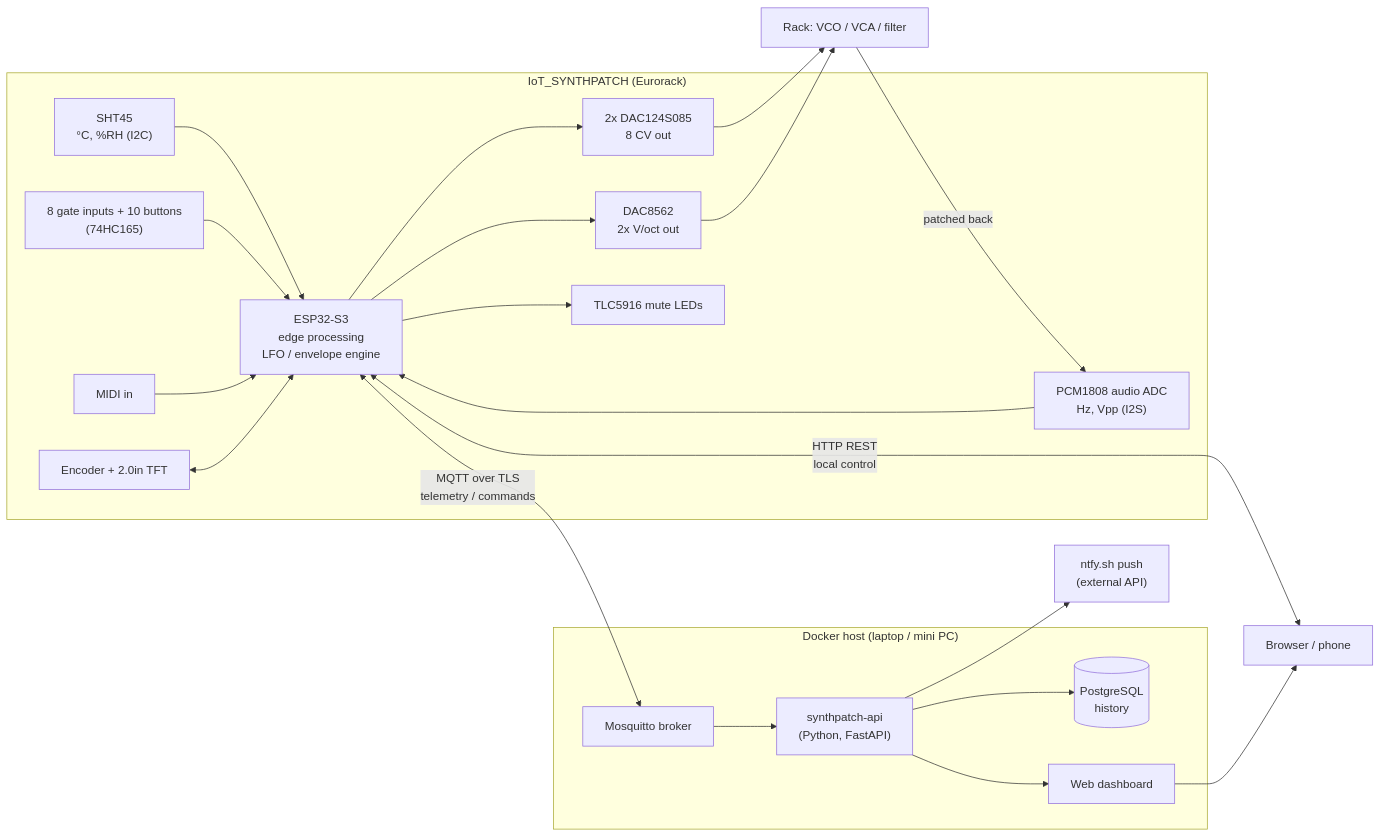
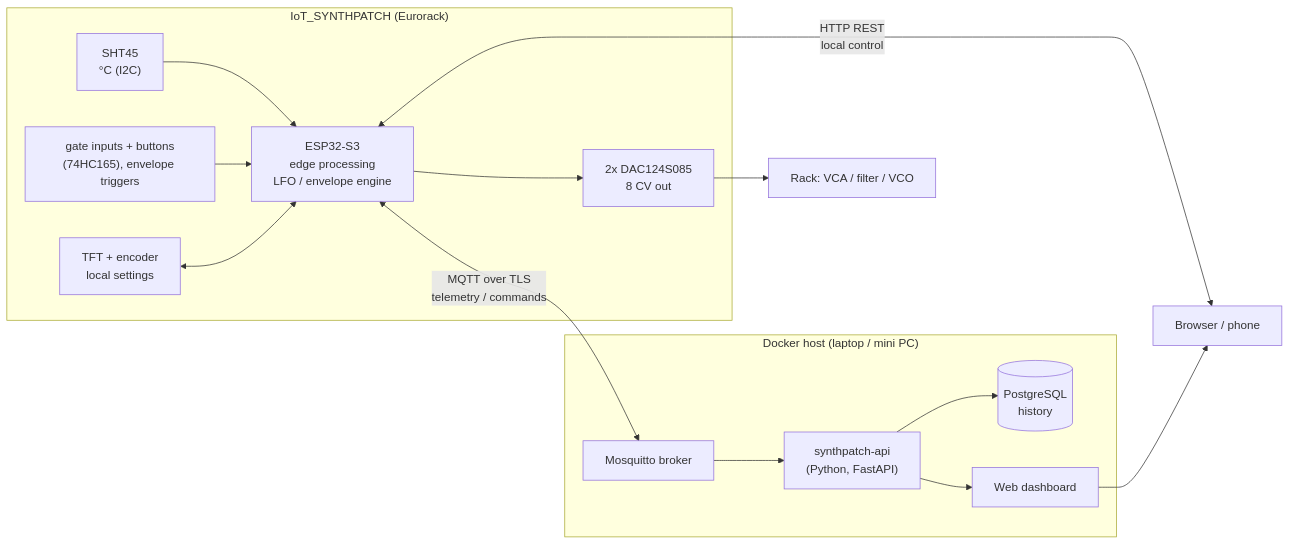
One commit to jmartens90/IoT_SynthPatch changed the diagram in docs/iot-project-plan.md. Above: the diagram before and after it, drawn with Mermaid. The commit also changed other lines of this file, not shown here.

First line of the commit message:
Plan: reduce scope to temperature + voltage graph, LFO/envelope from web and TFT

````diff
--- a/docs/iot-project-plan.md
+++ b/docs/iot-project-plan.md
@@ -23,25 +22,18 @@
 ```mermaid
 flowchart LR
   subgraph Module["IoT_SYNTHPATCH (Eurorack)"]
-    SHT45["SHT45<br/>°C, %RH (I2C)"] --> ESP
-    ADC["PCM1808 audio ADC<br/>Hz, Vpp (I2S)"] --> ESP
-    GATES["8 gate inputs + 10 buttons<br/>(74HC165)"] --> ESP
-    MIDI["MIDI in"] --> ESP
-    ENC["Encoder + 2.0in TFT"] <--> ESP
+    SHT45["SHT45<br/>°C (I2C)"] --> ESP
+    GATES["gate inputs + buttons<br/>(74HC165), envelope triggers"] --> ESP
+    ENC["TFT + encoder<br/>local settings"] <--> ESP
     ESP["ESP32-S3<br/>edge processing<br/>LFO / envelope engine"] --> DACS["2x DAC124S085<br/>8 CV out"]
-    ESP --> VOCT["DAC8562<br/>2x V/oct out"]
-    ESP --> LEDS["TLC5916 mute LEDs"]
   end
   ESP <-- "MQTT over TLS<br/>telemetry / commands" --> MQ["Mosquitto broker"]
   ESP <-- "HTTP REST<br/>local control" --> Browser
   subgraph Server["Docker host (laptop / mini PC)"]
     MQ --> API["synthpatch-api<br/>(Python, FastAPI)"]
     API --> DB[("PostgreSQL<br/>history")]
     API --> DASH["Web dashboard"]
   end
   DASH --> Browser["Browser / phone"]
-  API --> PUSH["ntfy.sh push<br/>(external API)"]
-  DACS --> VCO["Rack: VCO / VCA / filter"]
-  VOCT --> VCO
-  VCO -- "patched back" --> ADC
+  DACS --> VCO["Rack: VCA / filter / VCO"]
 ```
````
